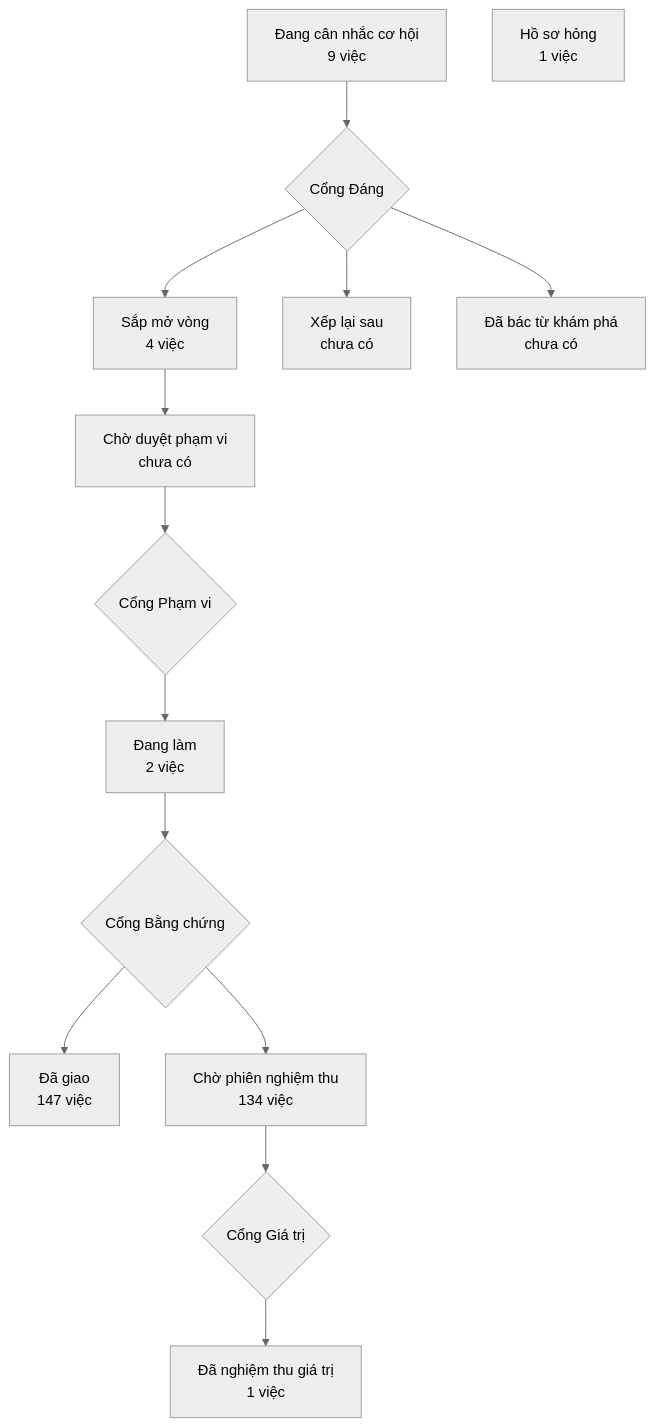
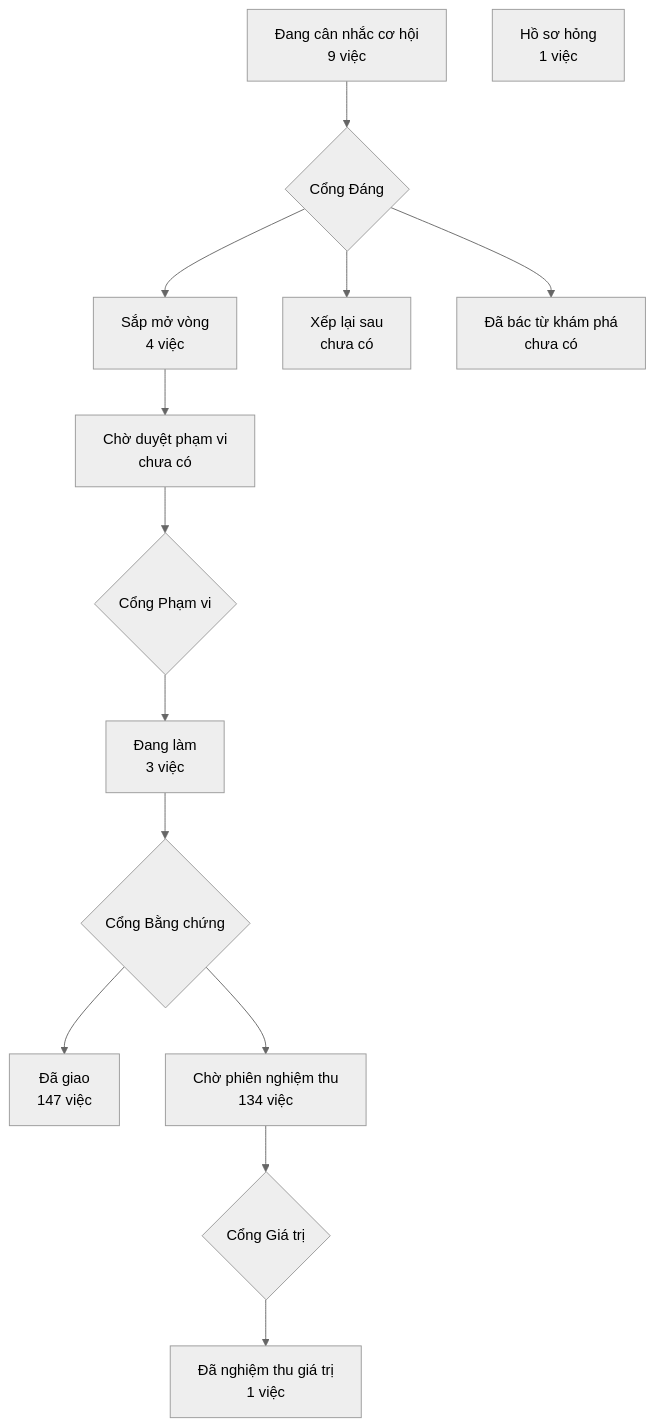
The diagram in PRODUCT-MAP.md (phanlemanh/crm-onehub), drawn with Mermaid (neutral theme) before and after one commit. The commit also changed other lines of this file and 3 other files, not shown here.

````diff
--- a/PRODUCT-MAP.md
+++ b/PRODUCT-MAP.md
@@ -7,13 +7,13 @@
 ```mermaid
 flowchart TD
   A["Đang cân nhắc cơ hội<br/>9 việc"] --> GD{"Cổng Đáng"}
   GD --> B["Sắp mở vòng<br/>4 việc"]
   GD --> XL["Xếp lại sau<br/>chưa có"]
   GD --> DB["Đã bác từ khám phá<br/>chưa có"]
   B --> CD["Chờ duyệt phạm vi<br/>chưa có"] --> GP{"Cổng Phạm vi"}
-  GP --> DL["Đang làm<br/>2 việc"] --> GB{"Cổng Bằng chứng"}
+  GP --> DL["Đang làm<br/>3 việc"] --> GB{"Cổng Bằng chứng"}
   GB --> DG["Đã giao<br/>147 việc"]
   GB --> CN["Chờ phiên nghiệm thu<br/>134 việc"] --> GG{"Cổng Giá trị"}
   GG --> NT["Đã nghiệm thu giá trị<br/>1 việc"]
   HS["Hồ sơ hỏng<br/>1 việc"]
 ```
````
